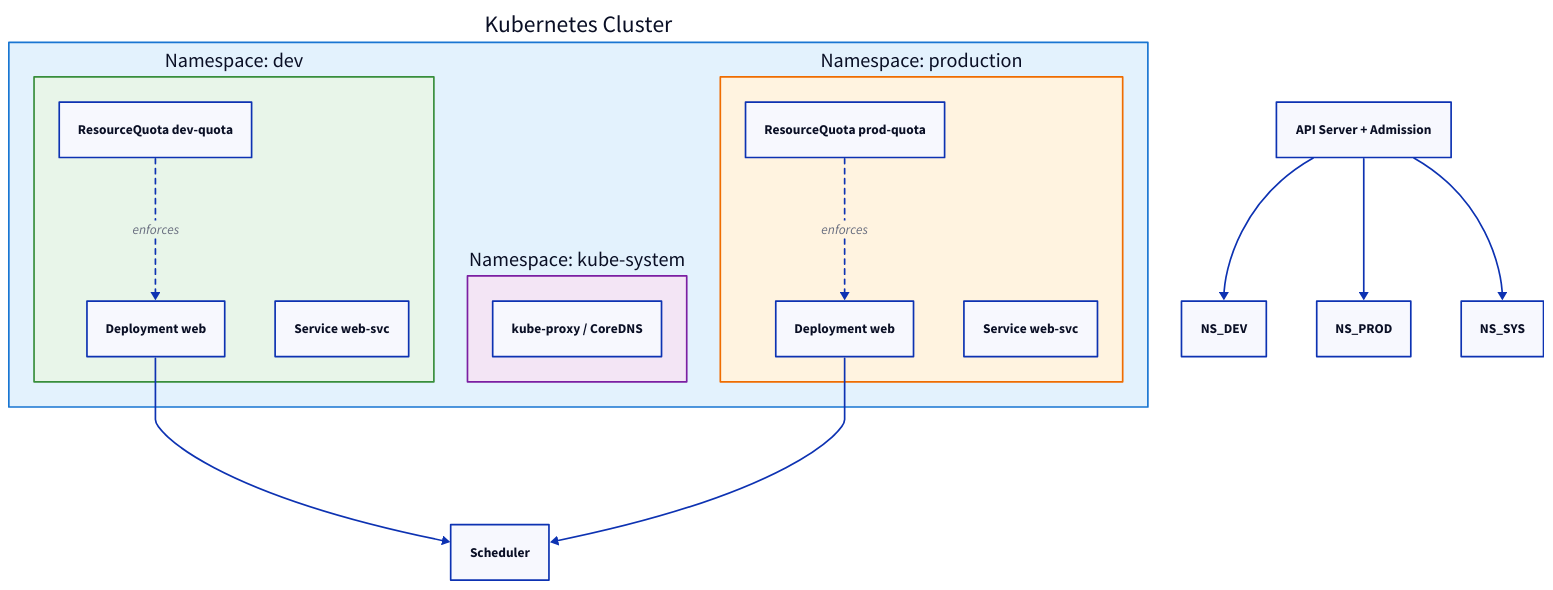
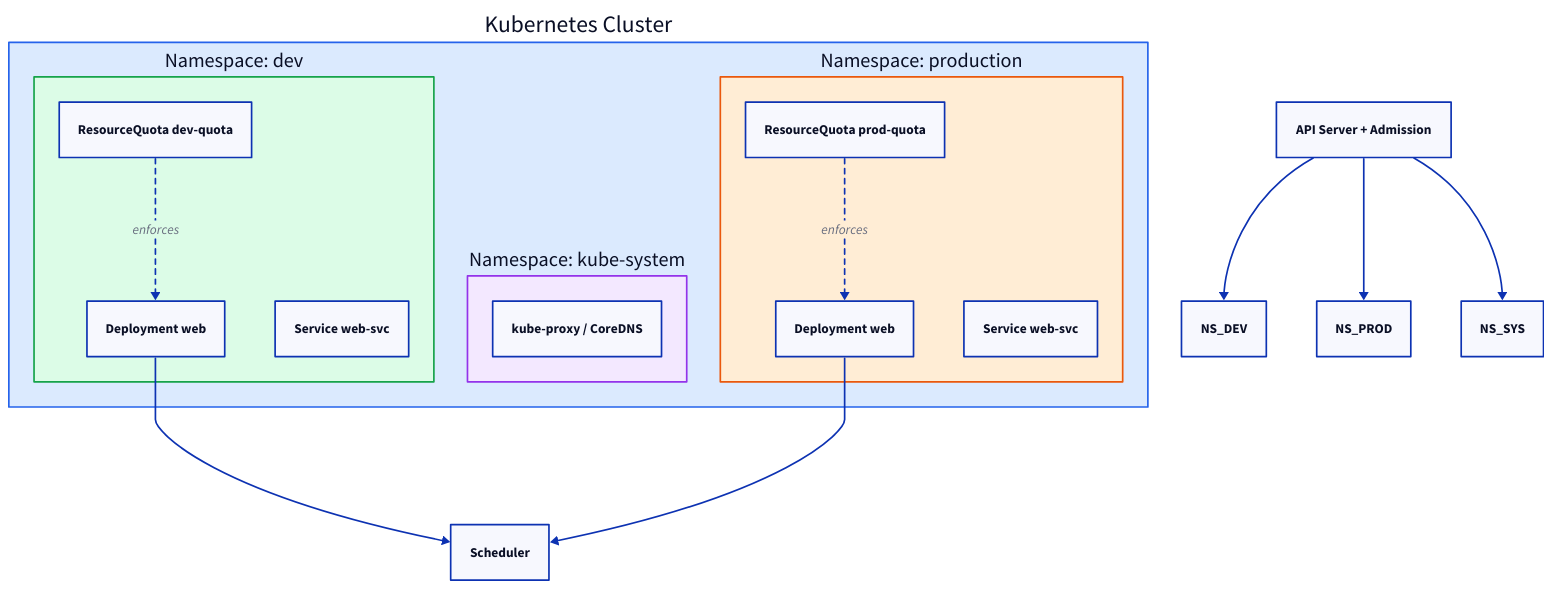
The diagram in docs/kubernetes/namespaces-and-resource-management.md (rebash-rebash/rebash-academy), drawn with D2 before and after one commit. The commit also changed other lines of this file and 177 other files, not shown here.

First line of the commit message:
Ship Terraform track, diagram polish, and new brand favicon.

````diff
--- a/docs/kubernetes/namespaces-and-resource-management.md
+++ b/docs/kubernetes/namespaces-and-resource-management.md
@@ -56,51 +56,51 @@
 ```d2
 direction: down
 
 Cluster: "Kubernetes Cluster" {
       style: {
-        fill: "#e3f2fd"
-        stroke: "#1976d2"
+        fill: "#dbeafe"
+        stroke: "#2563eb"
       }
         NS_DEV: "Namespace: dev" {
           style: {
-            fill: "#e8f5e9"
-            stroke: "#388e3c"
+            fill: "#dcfce7"
+            stroke: "#16a34a"
           }
             D1: "Deployment web"
             S1: "Service web-svc"
             Q1: "ResourceQuota dev-quota"
         }
         NS_PROD: "Namespace: production" {
           style: {
-            fill: "#fff3e0"
-            stroke: "#ef6c00"
+            fill: "#ffedd5"
+            stroke: "#ea580c"
           }
             D2: "Deployment web"
             S2: "Service web-svc"
             Q2: "ResourceQuota prod-quota"
         }
         NS_SYS: "Namespace: kube-system" {
           style: {
-            fill: "#f3e5f5"
-            stroke: "#7b1fa2"
+            fill: "#f3e8ff"
+            stroke: "#9333ea"
           }
             K: "kube-proxy / CoreDNS"
         }
     }
     API: "API Server + Admission"
     SCH: Scheduler
     NS_DEV: NS_DEV
     API -> NS_DEV
     NS_PROD: NS_PROD
     API -> NS_PROD
     NS_SYS: NS_SYS
     API -> NS_SYS
     Cluster.NS_DEV.D1 -> SCH
     Cluster.NS_PROD.D2 -> SCH
     Cluster.NS_DEV.Q1 -> Cluster.NS_DEV.D1: enforces {
       style.stroke-dash: 3
     }
     Cluster.NS_PROD.Q2 -> Cluster.NS_PROD.D2: enforces {
       style.stroke-dash: 3
     }
 ```
````
